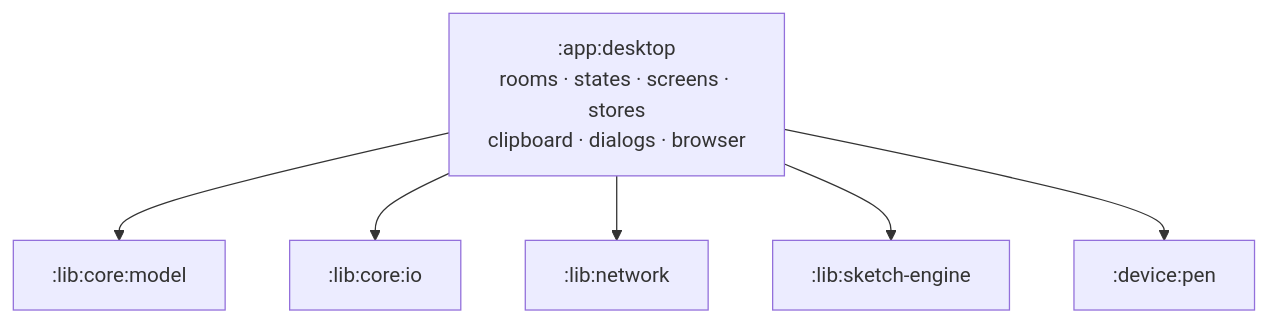
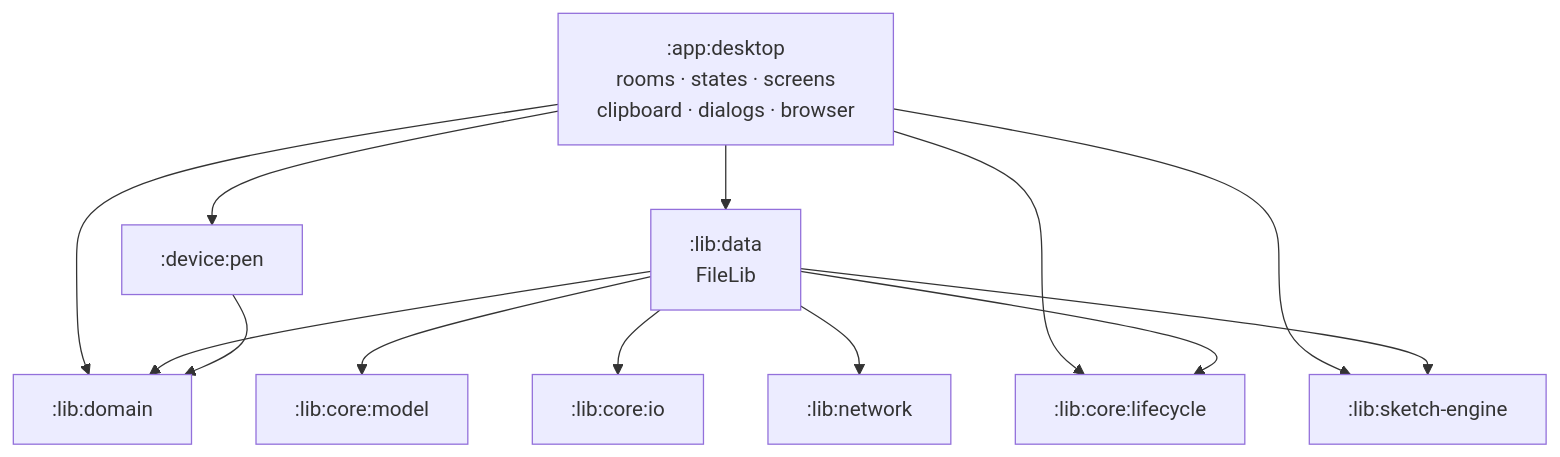
One commit to cwellm/ActionDraw changed the second of 2 diagrams in docs/Architecture.md. Above: the diagram before and after it, drawn with Mermaid. The commit also changed other lines of this file and 143 other files, not shown here.

````diff
--- a/docs/Architecture.md
+++ b/docs/Architecture.md
@@ -136,9 +145,16 @@
 ```mermaid
 flowchart TB
-  desktop[":app:desktop<br/>rooms · states · screens · stores<br/>clipboard · dialogs · browser"]
-  desktop --> model[":lib:core:model"]
-  desktop --> io[":lib:core:io"]
-  desktop --> network[":lib:network"]
+  desktop[":app:desktop<br/>rooms · states · screens<br/>clipboard · dialogs · browser"]
+  desktop --> data[":lib:data<br/>FileLib"]
+  desktop --> domain[":lib:domain"]
+  desktop --> lifecycle[":lib:core:lifecycle"]
   desktop --> engine[":lib:sketch-engine"]
   desktop --> pen[":device:pen"]
+  data --> domain
+  data --> model[":lib:core:model"]
+  data --> io[":lib:core:io"]
+  data --> network[":lib:network"]
+  data --> lifecycle
+  data --> engine
+  pen --> domain
 ```
````
